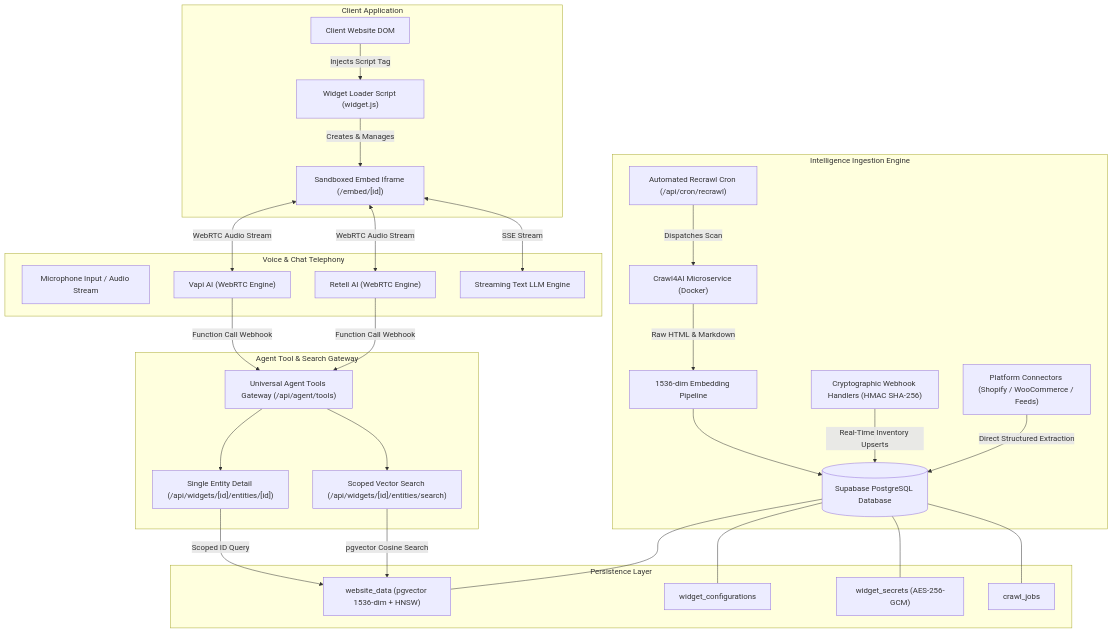
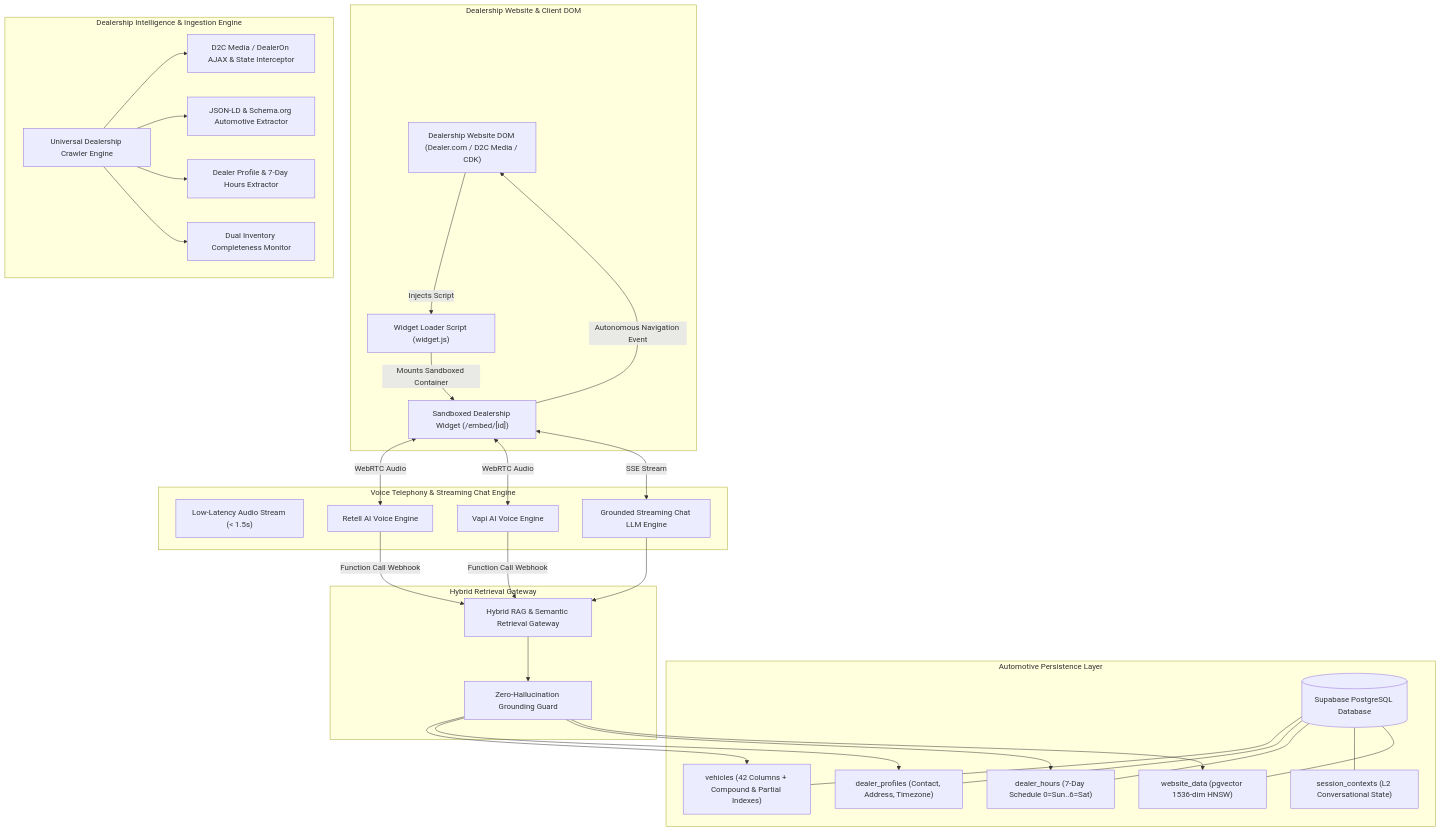
One commit to AliRana30/car-dealership-widget changed the first of 3 diagrams in README.md. Above: the diagram before and after it, drawn with Mermaid. The commit also changed other lines of this file, not shown here.

Commit message:
docs: update README.md exclusively for Automotive Dealership AI Voice & Conversational Intelligence Platform

````diff
--- a/README.md
+++ b/README.md
@@ -30,57 +32,60 @@
 ```mermaid
 graph TD
-    subgraph Client Application
-        ClientSite["Client Website DOM"]
+    subgraph Dealership Website & Client DOM
+        DealerSite["Dealership Website DOM (Dealer.com / D2C Media / CDK)"]
         WidgetBridge["Widget Loader Script (widget.js)"]
-        WidgetIframe["Sandboxed Embed Iframe (/embed/[id])"]
-        ClientSite -->|Injects Script Tag| WidgetBridge
-        WidgetBridge -->|Creates & Manages| WidgetIframe
+        WidgetIframe["Sandboxed Dealership Widget (/embed/[id])"]
+        DealerSite -->|Injects Script| WidgetBridge
+        WidgetBridge -->|Mounts Sandboxed Container| WidgetIframe
+        WidgetIframe -->|Autonomous Navigation Event| DealerSite
     end
 
-    subgraph Voice & Chat Telephony
-        UserAudio["Microphone Input / Audio Stream"]
-        RetellProvider["Retell AI (WebRTC Engine)"]
-        VapiProvider["Vapi AI (WebRTC Engine)"]
-        ChatStream["Streaming Text LLM Engine"]
-        WidgetIframe <-->|WebRTC Audio Stream| RetellProvider
-        WidgetIframe <-->|WebRTC Audio Stream| VapiProvider
-        WidgetIframe <-->|SSE Stream| ChatStream
+    subgraph Voice Telephony & Streaming Chat Engine
+        WebRTCStream["Low-Latency Audio Stream (< 1.5s)"]
+        RetellEngine["Retell AI Voice Engine"]
+        VapiEngine["Vapi AI Voice Engine"]
+        ChatStreamEngine["Grounded Streaming Chat LLM Engine"]
+        WidgetIframe <-->|WebRTC Audio| RetellEngine
+        WidgetIframe <-->|WebRTC Audio| VapiEngine
+        WidgetIframe <-->|SSE Stream| ChatStreamEngine
     end
 
-    subgraph Agent Tool & Search Gateway
-        ToolWebhook["Universal Agent Tools Gateway (/api/agent/tools)"]
-        SearchEndpoint["Scoped Vector Search (/api/widgets/[id]/entities/search)"]
-        EntityEndpoint["Single Entity Detail (/api/widgets/[id]/entities/[id])"]
-        RetellProvider -->|Function Call Webhook| ToolWebhook
-        VapiProvider -->|Function Call Webhook| ToolWebhook
-        ToolWebhook --> SearchEndpoint
-        ToolWebhook --> EntityEndpoint
+    subgraph Dealership Intelligence & Ingestion Engine
+        CrawlerPipeline["Universal Dealership Crawler Engine"]
+        D2CParser["D2C Media / DealerOn AJAX & State Interceptor"]
+        JsonLdParser["JSON-LD & Schema.org Automotive Extractor"]
+        DealerExtractor["Dealer Profile & 7-Day Hours Extractor"]
+        CompletenessMonitor["Dual Inventory Completeness Monitor"]
+        CrawlerPipeline --> D2CParser
+        CrawlerPipeline --> JsonLdParser
+        CrawlerPipeline --> DealerExtractor
+        CrawlerPipeline --> CompletenessMonitor
     end
 
-    subgraph Intelligence Ingestion Engine
-        Crawl4AISvc["Crawl4AI Microservice (Docker)"]
-        PlatformConnectors["Platform Connectors (Shopify / WooCommerce / Feeds)"]
-        WebhooksEngine["Cryptographic Webhook Handlers (HMAC SHA-256)"]
-        CronScheduler["Automated Recrawl Cron (/api/cron/recrawl)"]
-        CronScheduler -->|Dispatches Scan| Crawl4AISvc
-        PlatformConnectors -->|Direct Structured Extraction| SupabasePostgres
-        WebhooksEngine -->|Real-Time Inventory Upserts| SupabasePostgres
-        Crawl4AISvc -->|Raw HTML & Markdown| EmbeddingPipeline["1536-dim Embedding Pipeline"]
-        EmbeddingPipeline --> SupabasePostgres
+    subgraph Automotive Persistence Layer
+        PostgresDB[("Supabase PostgreSQL Database")]
+        VehiclesStore["vehicles (42 Columns + Compound & Partial Indexes)"]
+        DealerProfiles["dealer_profiles (Contact, Address, Timezone)"]
+        DealerHours["dealer_hours (7-Day Schedule 0=Sun..6=Sat)"]
+        SessionContexts["session_contexts (L2 Conversational State)"]
+        KnowledgeVectors["website_data (pgvector 1536-dim HNSW)"]
+        PostgresDB --- VehiclesStore
+        PostgresDB --- DealerProfiles
+        PostgresDB --- DealerHours
+        PostgresDB --- SessionContexts
+        PostgresDB --- KnowledgeVectors
     end
 
-    subgraph Persistence Layer
-        SupabasePostgres[("Supabase PostgreSQL Database")]
-        VectorStore["website_data (pgvector 1536-dim + HNSW)"]
-        ConfigsStore["widget_configurations"]
-        SecretsStore["widget_secrets (AES-256-GCM)"]
-        JobsStore["crawl_jobs"]
-        SupabasePostgres --- VectorStore
-        SupabasePostgres --- ConfigsStore
-        SupabasePostgres --- SecretsStore
-        SupabasePostgres --- JobsStore
+    subgraph Hybrid Retrieval Gateway
+        HybridRAG["Hybrid RAG & Semantic Retrieval Gateway"]
+        AntiHallucination["Zero-Hallucination Grounding Guard"]
+        RetellEngine -->|Function Call Webhook| HybridRAG
+        VapiEngine -->|Function Call Webhook| HybridRAG
+        ChatStreamEngine --> HybridRAG
+        HybridRAG --> AntiHallucination
+        AntiHallucination --> VehiclesStore
+        AntiHallucination --> DealerProfiles
+        AntiHallucination --> DealerHours
+        AntiHallucination --> KnowledgeVectors
     end
-
-    SearchEndpoint -->|pgvector Cosine Search| VectorStore
-    EntityEndpoint -->|Scoped ID Query| VectorStore
 ```
````
